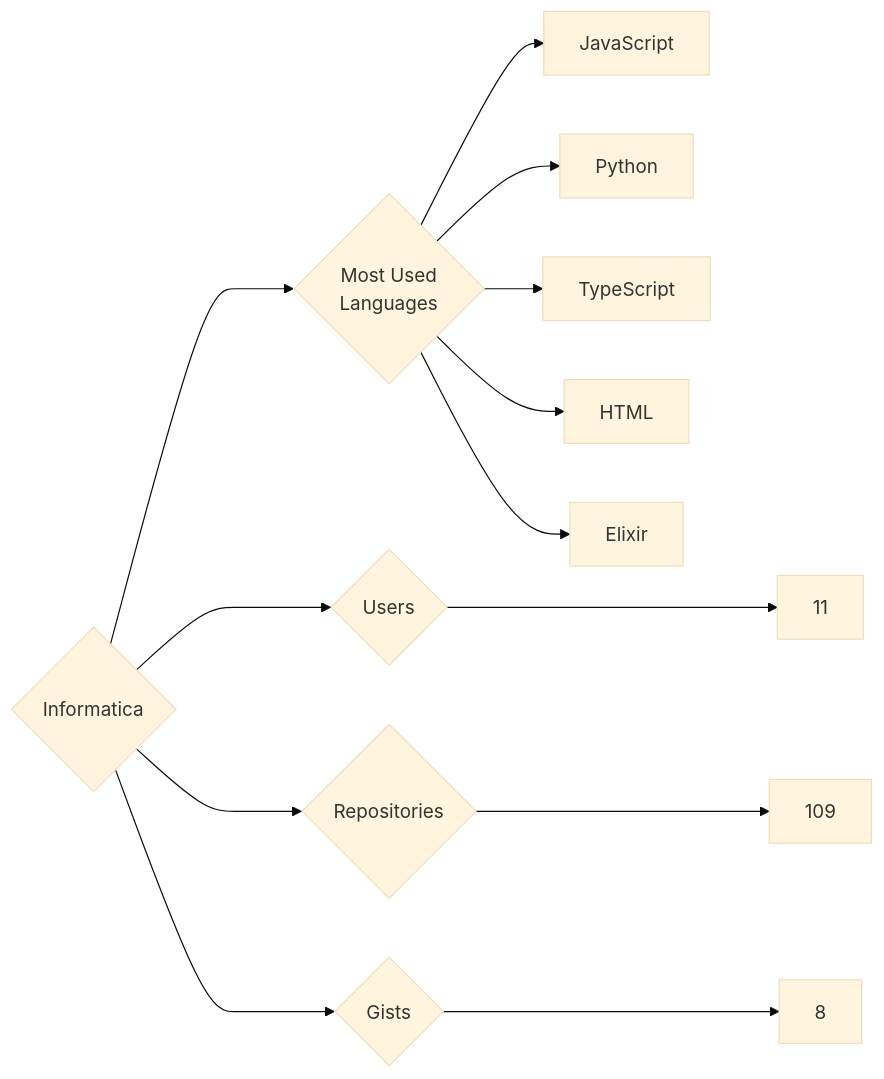
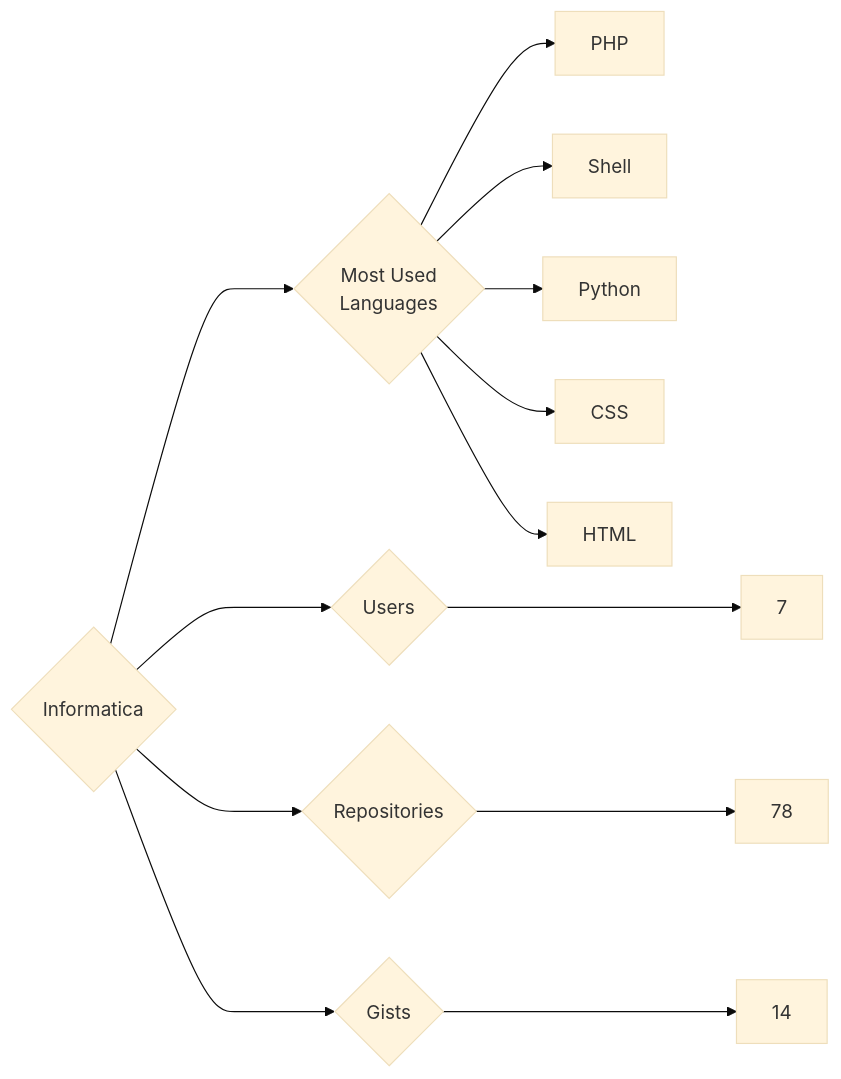
Before and after one commit to trickest/insiders: the diagram in targets/Informatica/README.md, drawn with Mermaid (base theme). The commit also changed 857 other files, not shown here.

````diff
--- a/targets/Informatica/README.md
+++ b/targets/Informatica/README.md
@@ -3,13 +3,13 @@
 ```mermaid
 graph LR
 COMPANY_NAME{Informatica}
-COMPANY_NAME ---> U{Users} ---> UN[11]
-COMPANY_NAME ---> R{Repositories} ---> RN[109]
-COMPANY_NAME ---> G{Gists} ---> GN[8]
+COMPANY_NAME ---> U{Users} ---> UN[7]
+COMPANY_NAME ---> R{Repositories} ---> RN[78]
+COMPANY_NAME ---> G{Gists} ---> GN[14]
 COMPANY_NAME ---> ML{Most Used<br>Languages}
-ML --> JavaScript[JavaScript]
+ML --> PHP[PHP]
+ML --> Shell[Shell]
 ML --> Python[Python]
-ML --> TypeScript[TypeScript]
+ML --> CSS[CSS]
 ML --> HTML[HTML]
-ML --> Elixir[Elixir]
 ```
````
